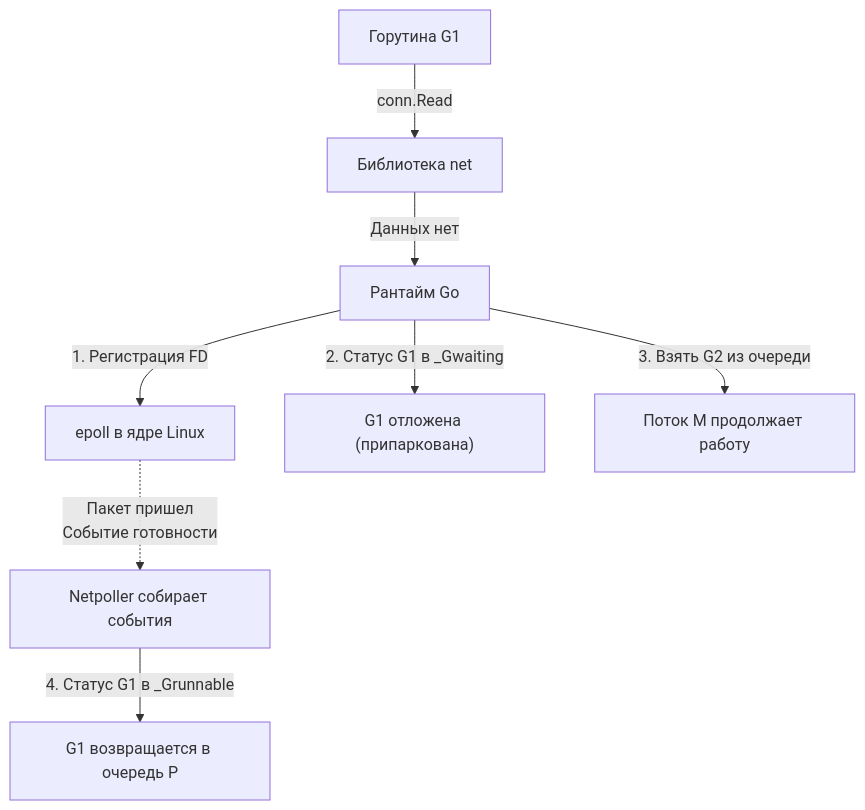
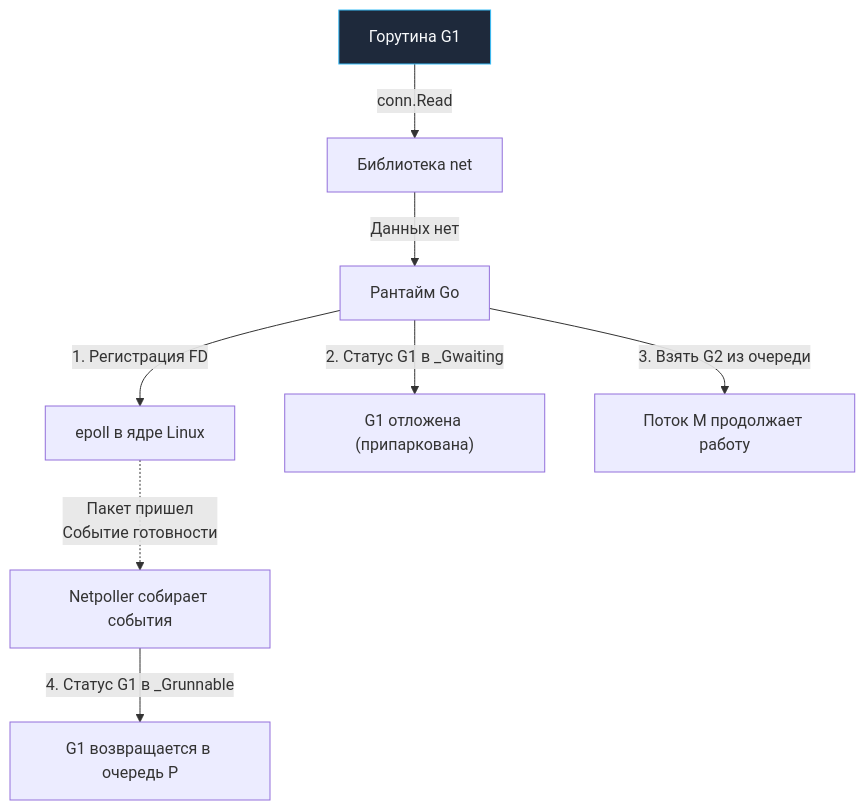
The diagram in sources/7. Глубокий Go (Внутреннее устройство)/10. sysmon, netpoller и фоновые потоки рантайма.md (UnrealTemplier/go-textbook), drawn with Mermaid before and after one commit. The commit also changed 1666 other files, not shown here.

First line of the commit message:
feat(mermaid): add semantic color classDef to 1369 colorless flowchart/graph diagrams

````diff
--- a/sources/7. Глубокий Go (Внутреннее устройство)/10. sysmon, netpoller и фоновые потоки рантайма.md
+++ b/sources/7. Глубокий Go (Внутреннее устройство)/10. sysmon, netpoller и фоновые потоки рантайма.md
@@ -26,12 +26,22 @@
 ```mermaid
 flowchart TD
-    G["Горутина G1"] -->|"conn.Read"| NET["Библиотека net"]
+    classDef process  fill:#1e293b,stroke:#38bdf8,stroke-width:1px,color:#f8fafc
+    classDef success  fill:#064e3b,stroke:#34d399,stroke-width:1px,color:#f8fafc
+    classDef error    fill:#7f1d1d,stroke:#f87171,stroke-width:1px,color:#f8fafc
+    classDef warning  fill:#78350f,stroke:#fbbf24,stroke-width:1px,color:#f8fafc
+    classDef entry    fill:#1e3a5f,stroke:#38bdf8,stroke-width:2px,color:#f8fafc
+    classDef aux      fill:#334155,stroke:#64748b,stroke-width:1px,color:#f8fafc
+    classDef system   fill:#312e81,stroke:#a78bfa,stroke-width:1px,color:#f8fafc
+    classDef data     fill:#132d29,stroke:#2dd4bf,stroke-width:1px,color:#f8fafc
+    classDef network  fill:#881337,stroke:#fb7185,stroke-width:1px,color:#f8fafc
+    classDef accent   fill:#1e1b4b,stroke:#818cf8,stroke-width:1px,color:#f8fafc
+    G["Горутина G1"]:::process -->|"conn.Read"| NET["Библиотека net"]
     NET -->|"Данных нет"| RT["Рантайм Go"]
     
     RT -->|"1. Регистрация FD"| EPOLL["epoll в ядре Linux"]
     RT -->|"2. Статус G1 в _Gwaiting"| SLEEP["G1 отложена (припаркована)"]
     RT -->|"3. Взять G2 из очереди"| M["Поток M продолжает работу"]
     
     EPOLL -.->|"Пакет пришел<br>Событие готовности"| NP["Netpoller собирает события"]
     NP -->|"4. Статус G1 в _Grunnable"| WAKE["G1 возвращается в очередь P"]
 ```
````
